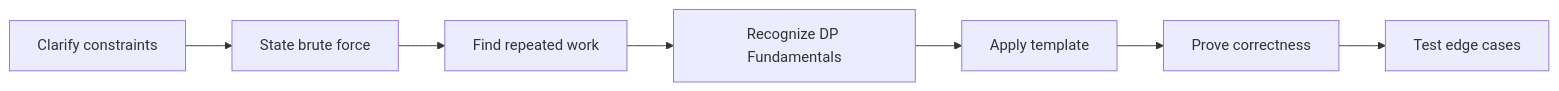
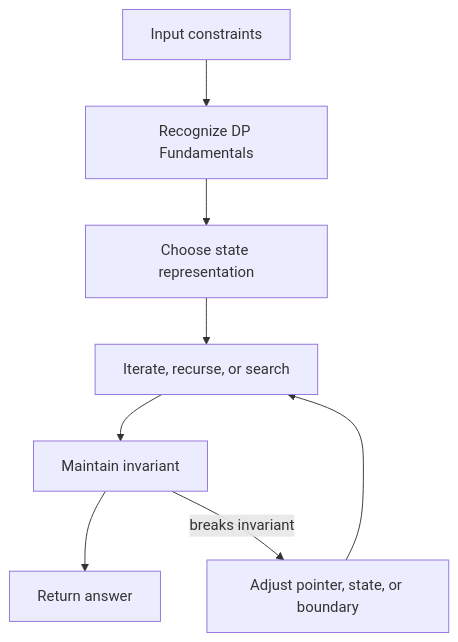
Before and after one commit to abstractinterviews/abstractinterviews.github.io: the second of 2 diagrams in coding-round/patterns/dynamic-programming-track/dp-fundamentals/index.md, drawn with Mermaid. The commit also changed other lines of this file and 278 other files, not shown here.

````diff
--- a/coding-round/patterns/dynamic-programming-track/dp-fundamentals/index.md
+++ b/coding-round/patterns/dynamic-programming-track/dp-fundamentals/index.md
@@ -123,9 +121,10 @@
-~~~mermaid
-flowchart LR
-    A["Clarify constraints"] --> B["State brute force"]
-    B --> C["Find repeated work"]
-    C --> D["Recognize DP Fundamentals"]
-    D --> E["Apply template"]
-    E --> F["Prove correctness"]
-    F --> G["Test edge cases"]
-~~~
+```mermaid
+flowchart TD
+    Input["Input constraints"] --> Pattern["Recognize DP Fundamentals"]
+    Pattern --> State["Choose state representation"]
+    State --> Iterate["Iterate, recurse, or search"]
+    Iterate --> Check["Maintain invariant"]
+    Check --> Result["Return answer"]
+    Check -->|breaks invariant| Fix["Adjust pointer, state, or boundary"]
+    Fix --> Iterate
+```
````
